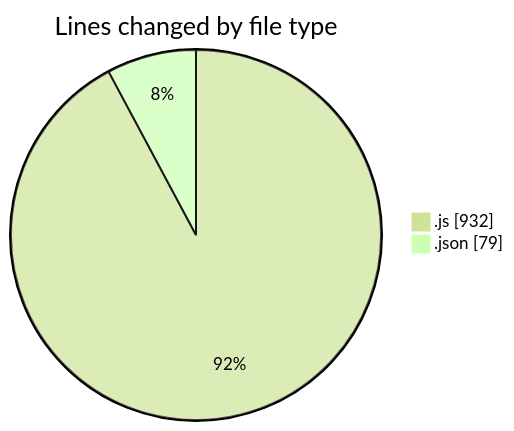
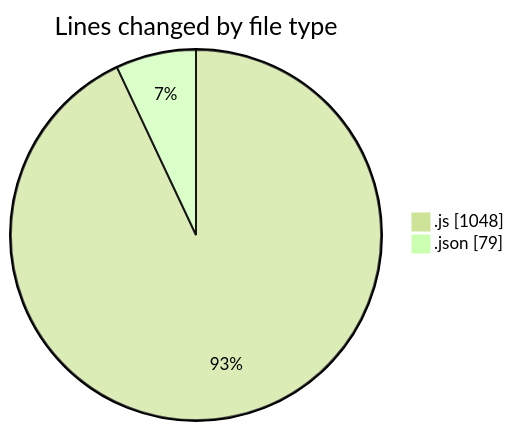
One commit to momahboobian/code-tracking changed the first of 2 diagrams in 2025-01-31/cda/README.md. Above: the diagram before and after it, drawn with Mermaid (forest theme). The commit also changed other lines of this file and 1 other file, not shown here.

````diff
--- a/2025-01-31/cda/README.md
+++ b/2025-01-31/cda/README.md
@@ -26,6 +26,6 @@
 ```mermaid
 pie showData
 title Lines changed by file type
-".js" : 932
+".js" : 1048
 ".json" : 79
 ```
````
